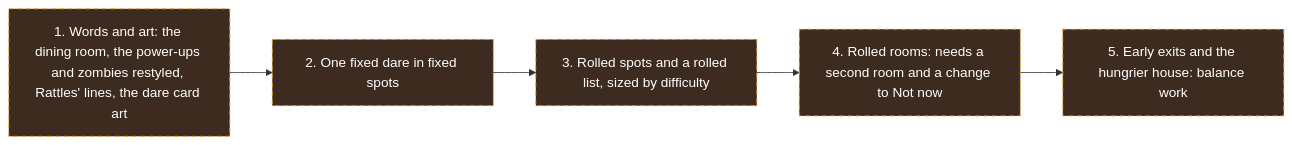
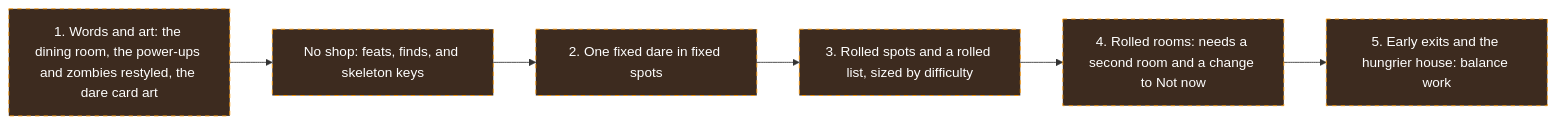
One commit to Tanner-Scadden/munch-manor changed the seventh of 7 diagrams in FLOW.md. Above: the diagram before and after it, drawn with Mermaid. The commit also changed other lines of this file and 2 other files, not shown here.

First line of the commit message:
docs: drop the shop for feats, finds, and skeleton keys

````diff
--- a/FLOW.md
+++ b/FLOW.md
@@ -204,9 +222,10 @@
 ```mermaid
 flowchart LR
-  words[1. Words and art: the dining room, the power-ups and zombies restyled, Rattles' lines, the dare card art]:::proposed --> fixed[2. One fixed dare in fixed spots]:::proposed
+  words[1. Words and art: the dining room, the power-ups and zombies restyled, the dare card art]:::proposed --> noShop[No shop: feats, finds, and skeleton keys]:::proposed
+  noShop --> fixed[2. One fixed dare in fixed spots]:::proposed
   fixed --> spots[3. Rolled spots and a rolled list, sized by difficulty]:::proposed
   spots --> rooms[4. Rolled rooms: needs a second room and a change to Not now]:::proposed
   rooms --> leave[5. Early exits and the hungrier house: balance work]:::proposed
 
   classDef proposed fill:#3d2b1f,stroke:#ff9800,color:#fff,stroke-dasharray: 5 5
 ```
````
